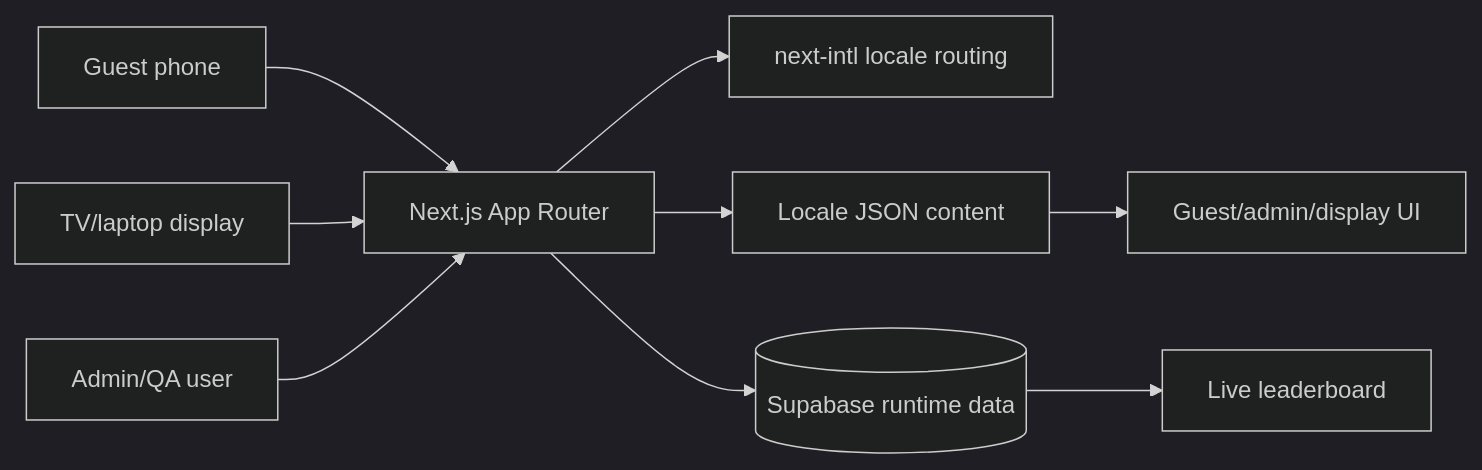
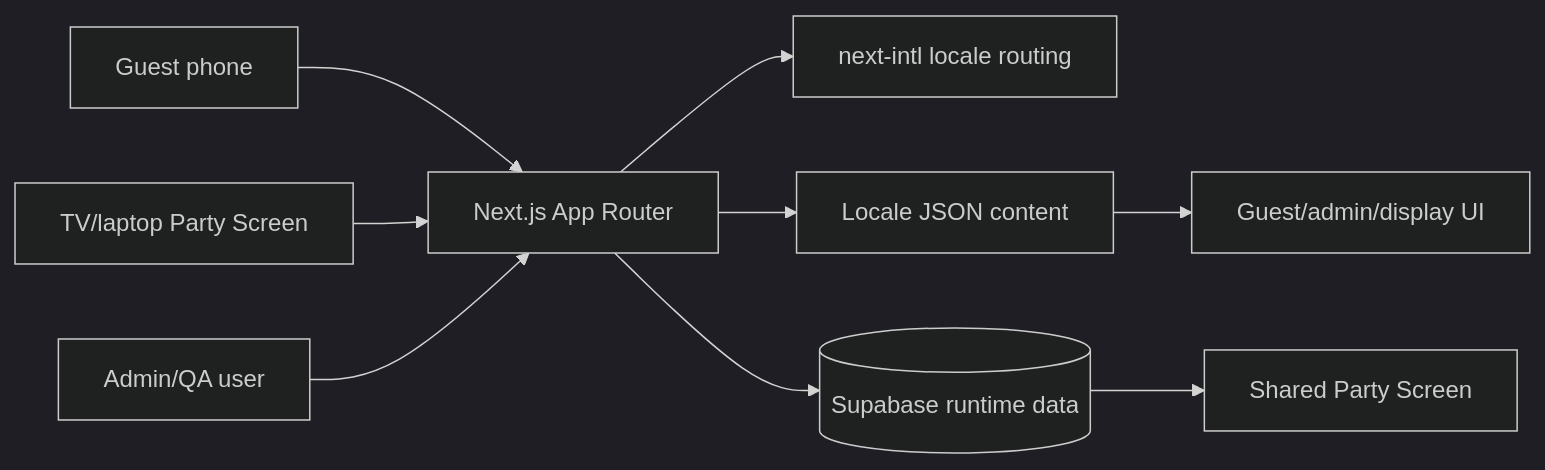
Before and after one commit to ianvu17/hanfirstbirthday: the diagram in REPOSITORY_SUMMARY.md, drawn with Mermaid (dark theme). The commit also changed other lines of this file and 12 other files, not shown here.

First line of the commit message:
feat: Align architecture and documentation for shared Party Screen model

````diff
--- a/REPOSITORY_SUMMARY.md
+++ b/REPOSITORY_SUMMARY.md
@@ -127,11 +128,11 @@
 ```mermaid
 flowchart LR
   Guest[Guest phone] --> Next[Next.js App Router]
-  Display[TV/laptop display] --> Next
+  Display[TV/laptop Party Screen] --> Next
   Admin[Admin/QA user] --> Next
   Next --> Intl[next-intl locale routing]
   Next --> Content[Locale JSON content]
   Next --> Supabase[(Supabase runtime data)]
-  Supabase --> Leaderboard[Live leaderboard]
+  Supabase --> PartyScreen[Shared Party Screen]
   Content --> UI[Guest/admin/display UI]
 ```
````
